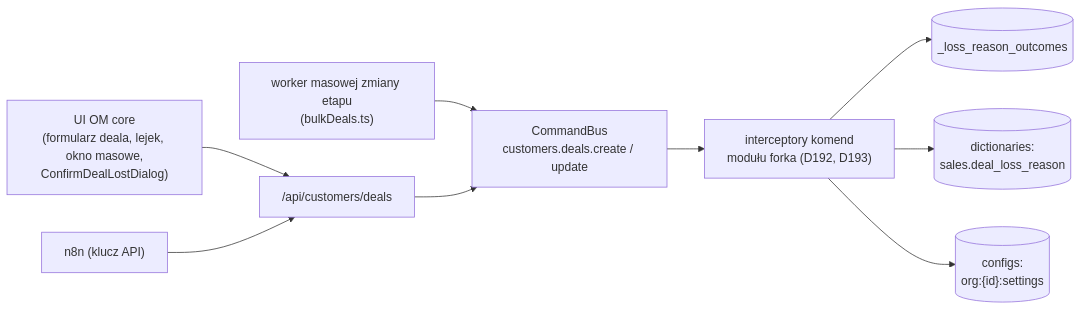
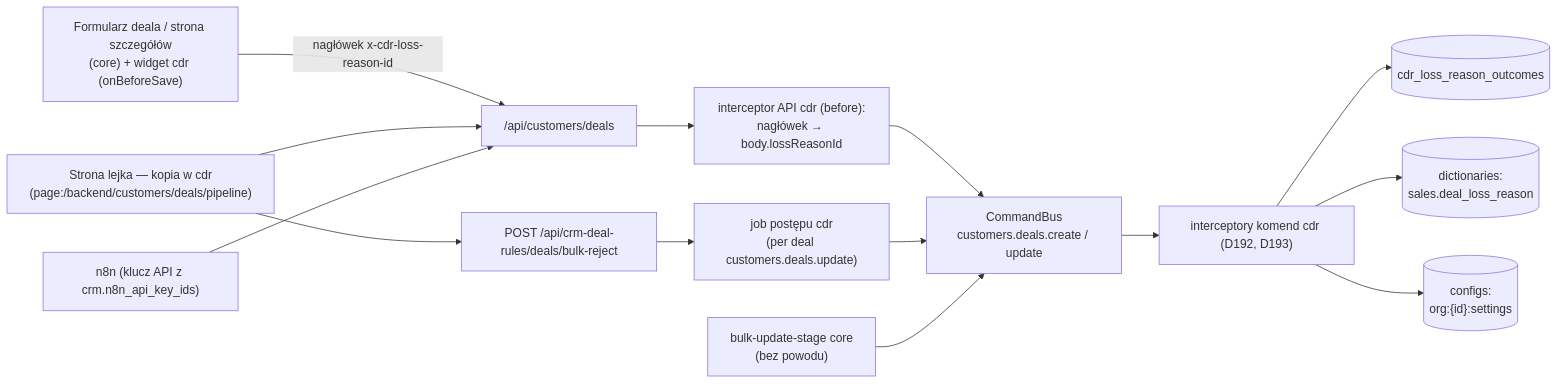
Before and after one commit to AdamskiMarek/open-mercato: the diagram in .ai/specs/2026-10-31-deal-loss-reasons-n8n-owner.md, drawn with Mermaid. The commit also changed other lines of this file and 3 other files, not shown here.

Commit message:
docs(specs): rozstrzygnięcia Q-FU-T1…T4 i Q-LR-1…Q-LR-7 (Cezar 2026-10-31, Z7) — D177/D180/D181/D182/D185/D192/D193, crm_followups rev 6, loss reasons rev 2, kolejność merge → Weryfikator → zamknięcie

````diff
--- a/.ai/specs/2026-10-31-deal-loss-reasons-n8n-owner.md
+++ b/.ai/specs/2026-10-31-deal-loss-reasons-n8n-owner.md
@@ -33,11 +35,15 @@
 ```mermaid
 flowchart LR
-    ui["UI OM core<br/>(formularz deala, lejek, okno masowe,<br/>ConfirmDealLostDialog)"] --> api["/api/customers/deals"]
-    n8n["n8n (klucz API)"] --> api
-    bulk["worker masowej zmiany etapu<br/>(bulkDeals.ts)"] --> bus
-    api --> bus["CommandBus<br/>customers.deals.create / update"]
-    bus --> ic["interceptory komend<br/>modułu forka (D192, D193)"]
-    ic --> map[("<prefiks>_loss_reason_outcomes")]
+    form["Formularz deala / strona szczegółów<br/>(core) + widget cdr (onBeforeSave)"] -- "nagłówek x-cdr-loss-reason-id" --> api["/api/customers/deals"]
+    kanban["Strona lejka — kopia w cdr<br/>(page:/backend/customers/deals/pipeline)"] --> api
+    kanban --> bulkr["POST /api/crm-deal-rules/deals/bulk-reject"]
+    n8n["n8n (klucz API z crm.n8n_api_key_ids)"] --> api
+    api --> apiic["interceptor API cdr (before):<br/>nagłówek → body.lossReasonId"]
+    apiic --> bus["CommandBus<br/>customers.deals.create / update"]
+    bulkr --> job["job postępu cdr<br/>(per deal customers.deals.update)"] --> bus
+    corebulk["bulk-update-stage core<br/>(bez powodu)"] --> bus
+    bus --> ic["interceptory komend cdr (D192, D193)"]
+    ic --> map[("cdr_loss_reason_outcomes")]
     ic --> dict[("dictionaries:<br/>sales.deal_loss_reason")]
     ic --> cfg[("configs:<br/>org:{id}:settings")]
 ```
````
